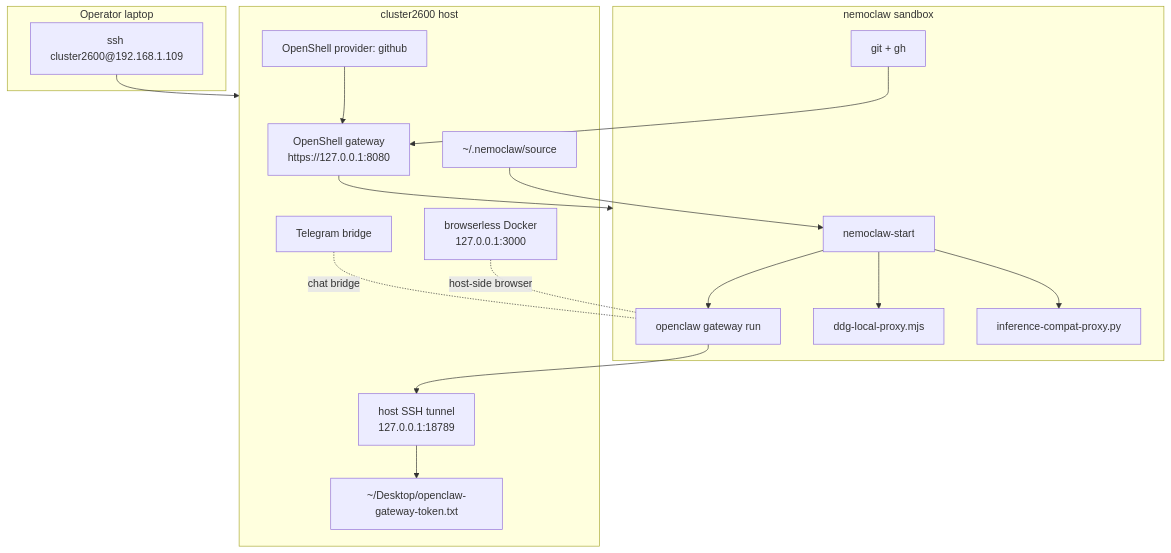
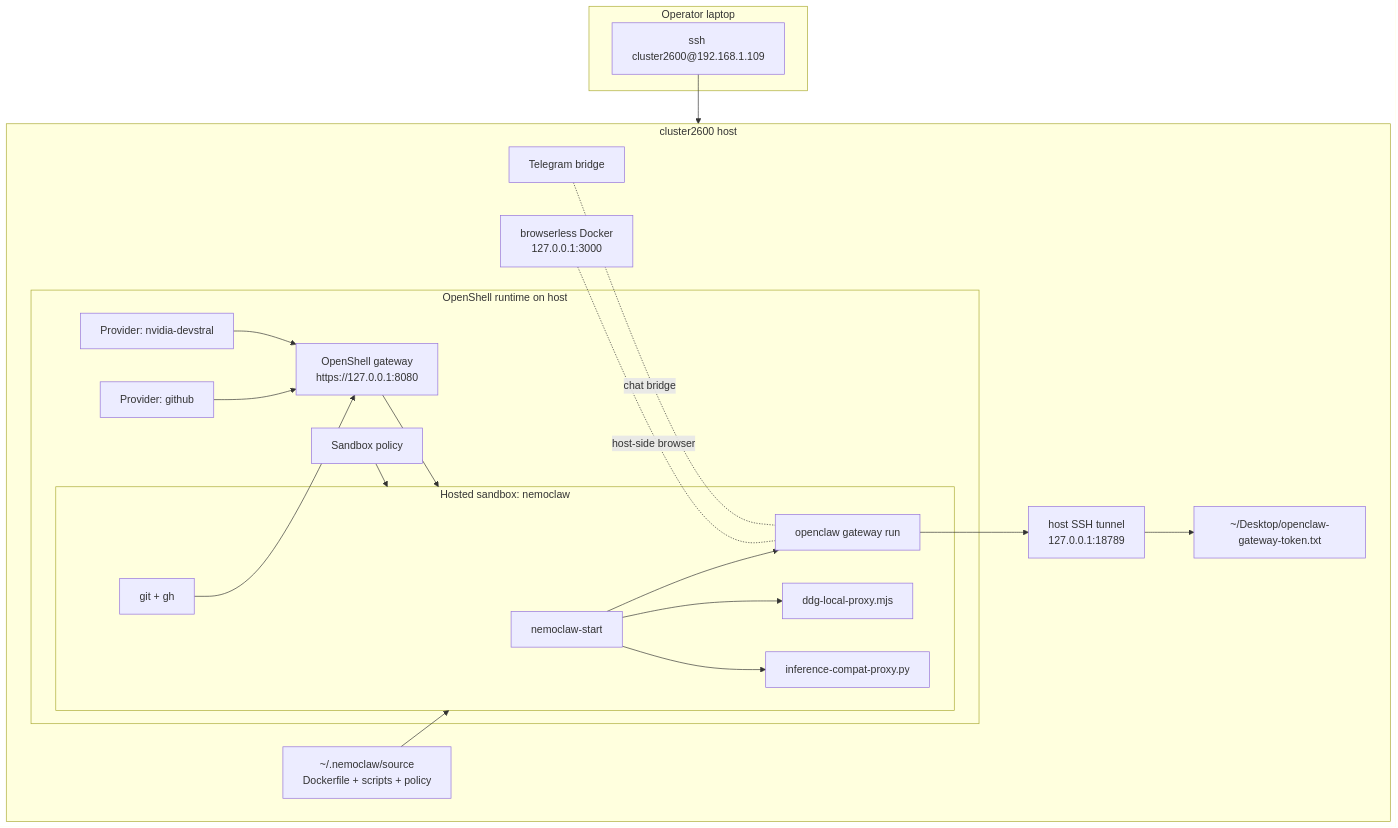
One commit to cluster2600/NemoClaw changed the first of 3 diagrams in docs/deployment/cluster2600-runtime.md. Above: the diagram before and after it, drawn with Mermaid. The commit also changed other lines of this file, not shown here.

Commit message:
docs: clarify openshell-hosted runtime topology

````diff
--- a/docs/deployment/cluster2600-runtime.md
+++ b/docs/deployment/cluster2600-runtime.md
@@ -40,37 +42,44 @@
 ```mermaid
 flowchart TB
     subgraph Laptop["Operator laptop"]
         SSH["ssh cluster2600@192.168.1.109"]
     end
 
     subgraph Host["cluster2600 host"]
-        GW["OpenShell gateway\nhttps://127.0.0.1:8080"]
-        Repo["~/.nemoclaw/source"]
+        Repo["~/.nemoclaw/source\nDockerfile + scripts + policy"]
         Tok["~/Desktop/openclaw-gateway-token.txt"]
         Browserless["browserless Docker\n127.0.0.1:3000"]
         Tg["Telegram bridge"]
         Tunnel["host SSH tunnel\n127.0.0.1:18789"]
-        GHProv["OpenShell provider: github"]
-    end
 
-    subgraph Sandbox["nemoclaw sandbox"]
-        Entry["nemoclaw-start"]
-        OC["openclaw gateway run"]
-        DDG["ddg-local-proxy.mjs"]
-        Compat["inference-compat-proxy.py"]
-        Git["git + gh"]
+        subgraph OpenShell["OpenShell runtime on host"]
+            GW["OpenShell gateway\nhttps://127.0.0.1:8080"]
+            GHProv["Provider: github"]
+            INFProv["Provider: nvidia-devstral"]
+            Policy["Sandbox policy"]
+
+            subgraph Sandbox["Hosted sandbox: nemoclaw"]
+                Entry["nemoclaw-start"]
+                OC["openclaw gateway run"]
+                DDG["ddg-local-proxy.mjs"]
+                Compat["inference-compat-proxy.py"]
+                Git["git + gh"]
+            end
+        end
     end
 
     SSH --> Host
-    Repo --> Entry
+    Repo --> Sandbox
+    GHProv --> GW
+    INFProv --> GW
+    Policy --> Sandbox
     GW --> Sandbox
-    GHProv --> GW
     Entry --> OC
     Entry --> DDG
     Entry --> Compat
     OC --> Tunnel
     Tunnel --> Tok
     Browserless -. host-side browser .- OC
     Tg -. chat bridge .- OC
     Git --> GW
 ```
````
